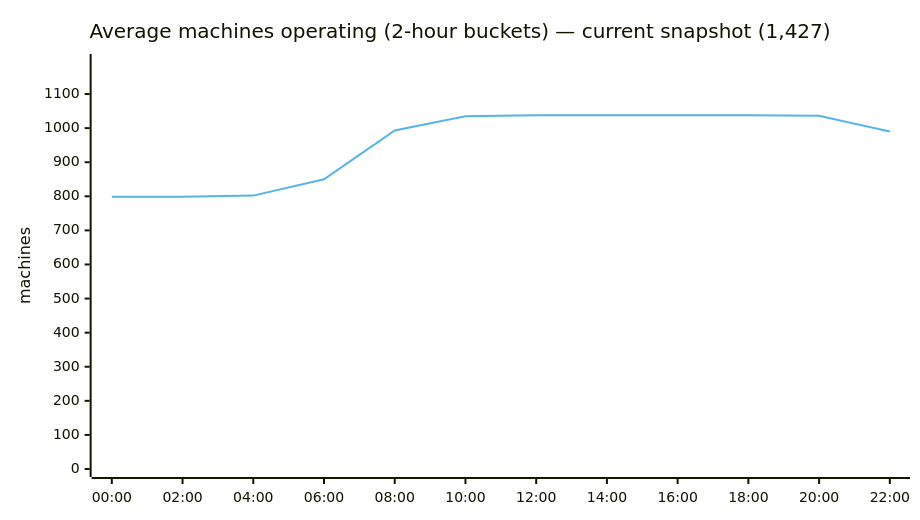
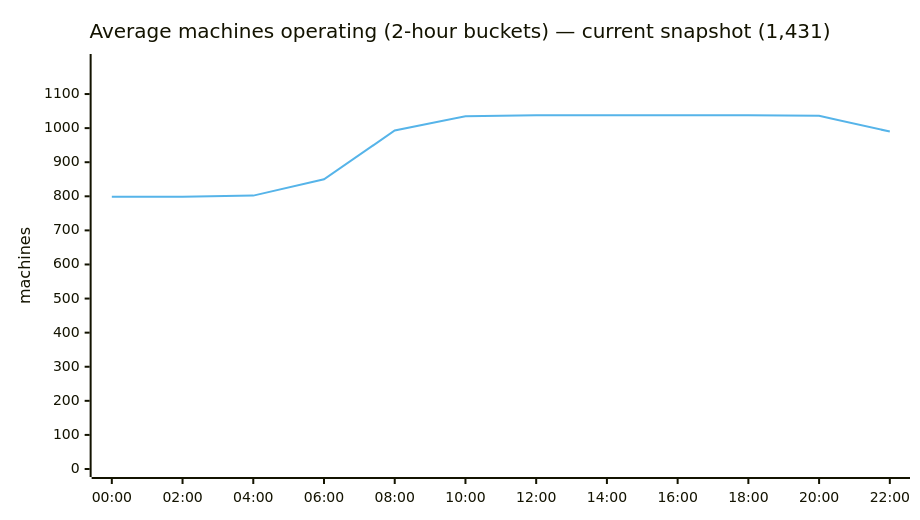
Before and after one commit to cheeaun/returnright-data: the second of 5 diagrams in ANALYSIS.md, drawn with Mermaid. The commit also changed other lines of this file and 4 other files, not shown here.

````diff
--- a/ANALYSIS.md
+++ b/ANALYSIS.md
@@ -64,15 +64,15 @@
 ```mermaid
 ---
 config:
   themeVariables:
     xyChart:
       plotColorPalette: "#56B4E9"
   xyChart:
     width: 900
 ---
 xychart-beta
-    title "Average machines operating (2-hour buckets) — current snapshot (1,427)"
+    title "Average machines operating (2-hour buckets) — current snapshot (1,431)"
     x-axis ["00:00", "02:00", "04:00", "06:00", "08:00", "10:00", "12:00", "14:00", "16:00", "18:00", "20:00", "22:00"]
     y-axis "machines" 0 --> 1194
     line [799, 799, 802, 850, 993, 1035, 1038, 1038, 1038, 1038, 1036, 990]
 ```
````
